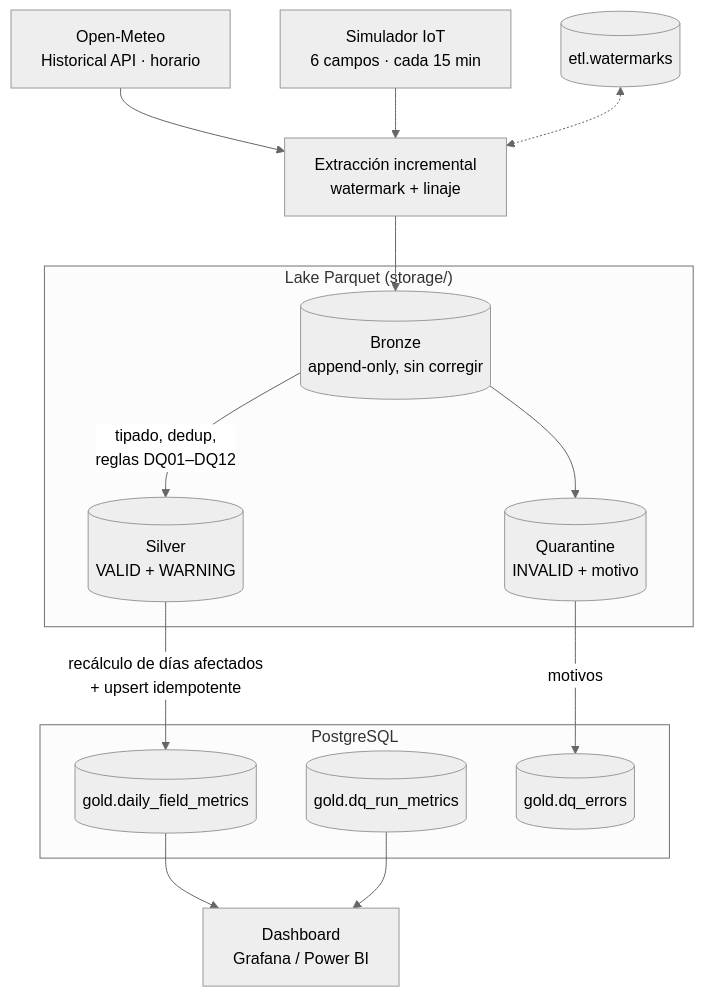
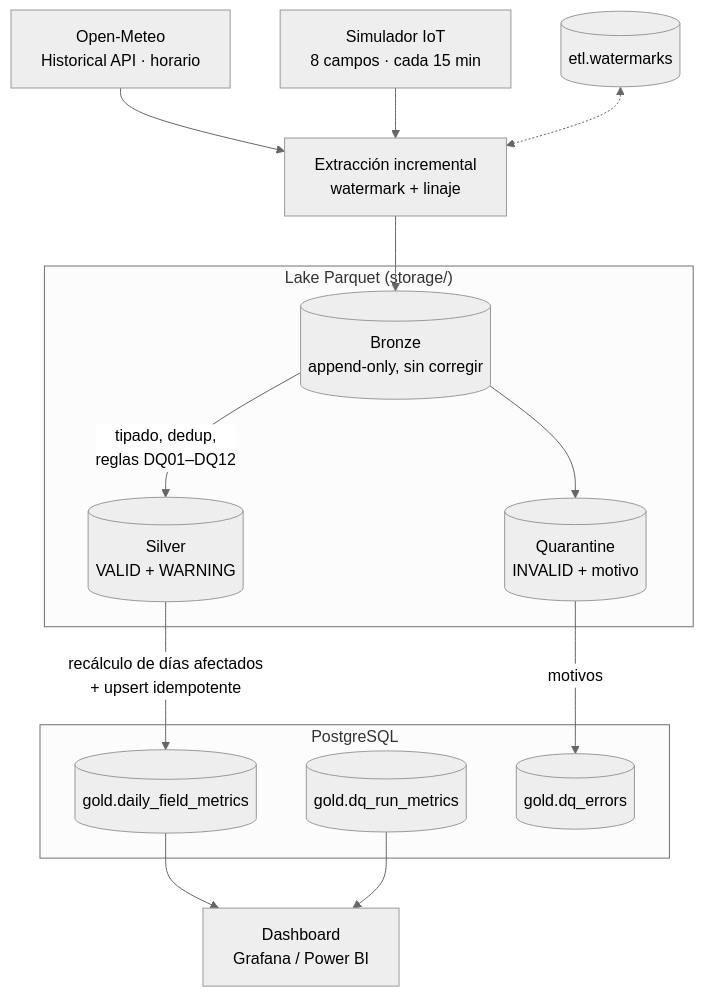
Before and after one commit to mattposs/ingSoftware2026: the first of 2 diagrams in README.md, drawn with Mermaid (neutral theme). The commit also changed other lines of this file and 31 other files, not shown here.

````diff
--- a/README.md
+++ b/README.md
@@ -63,23 +63,23 @@
 ```mermaid
 flowchart TD
     A[Open-Meteo<br/>Historical API · horario] --> X
-    B[Simulador IoT<br/>6 campos · cada 15 min] --> X
+    B[Simulador IoT<br/>8 campos · cada 15 min] --> X
     X[Extracción incremental<br/>watermark + linaje] --> C
     W[(etl.watermarks)] <-.-> X
     subgraph Lake["Lake Parquet (storage/)"]
         C[(Bronze<br/>append-only, sin corregir)]
         D[(Silver<br/>VALID + WARNING)]
         F[(Quarantine<br/>INVALID + motivo)]
     end
     C -->|tipado, dedup,<br/>reglas DQ01–DQ12| D
     C --> F
     subgraph PG["PostgreSQL"]
         E[(gold.daily_field_metrics)]
         M[(gold.dq_run_metrics)]
         R[(gold.dq_errors)]
     end
     D -->|recálculo de días afectados<br/>+ upsert idempotente| E
     F -->|motivos| R
     E --> G[Dashboard<br/>Grafana / Power BI]
     M --> G
 ```
````
